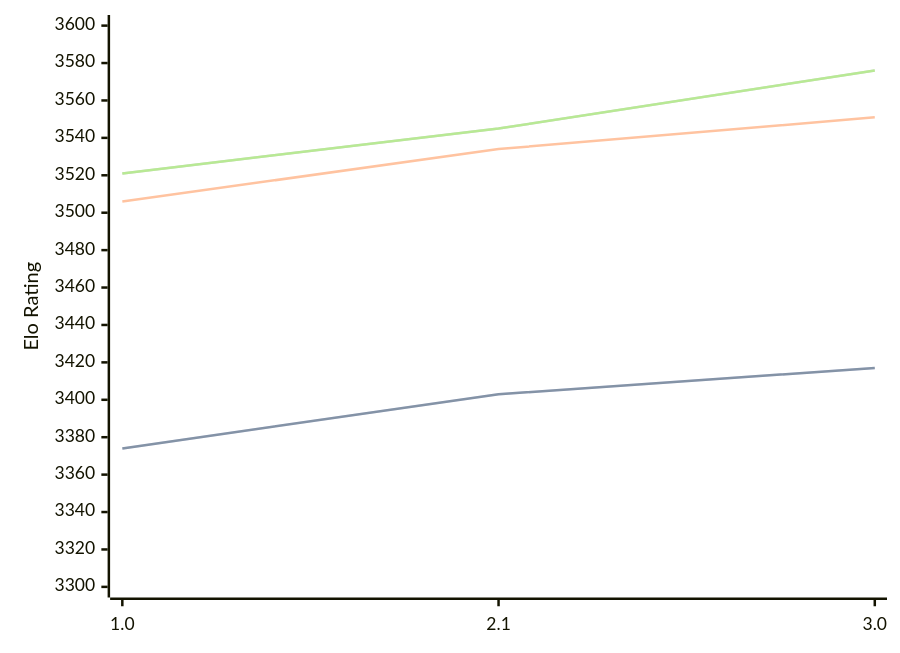
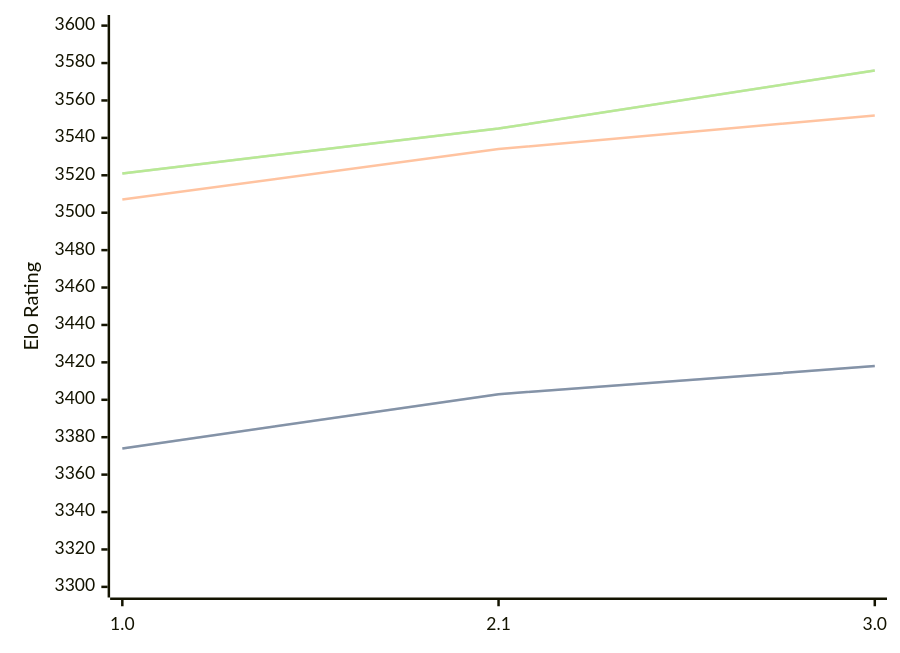
The diagram in engines/Hobbes.md (computer-chess-index/cci), drawn with Mermaid before and after one commit. The commit also changed other lines of this file, not shown here.

````diff
--- a/engines/Hobbes.md
+++ b/engines/Hobbes.md
@@ -33,11 +33,11 @@
 ```mermaid
 %%{init: {"theme":"base","themeVariables":{"seriesColors:['#a3a3a3','#222221','#faa371']}}}%%
 xychart-beta
   x-axis ["1.0", "2.1", "3.0"]
   y-axis "Elo Rating" 3300 --> 3600
-  line "" [3374, 3403, 3417]
-  line "STC (8.0+0.08s)" [3374, 3403, 3417]
-  line "LTC (60.0+0.60s)" [3506, 3534, 3551]
+  line "" [3374, 3403, 3418]
+  line "STC (8.0+0.08s)" [3374, 3403, 3418]
+  line "LTC (60.0+0.60s)" [3507, 3534, 3552]
   line "" [3521, 3545, 3576]
   line "VLTC (2m24s+1.12s)" [3521, 3545, 3576]
 ```
````
